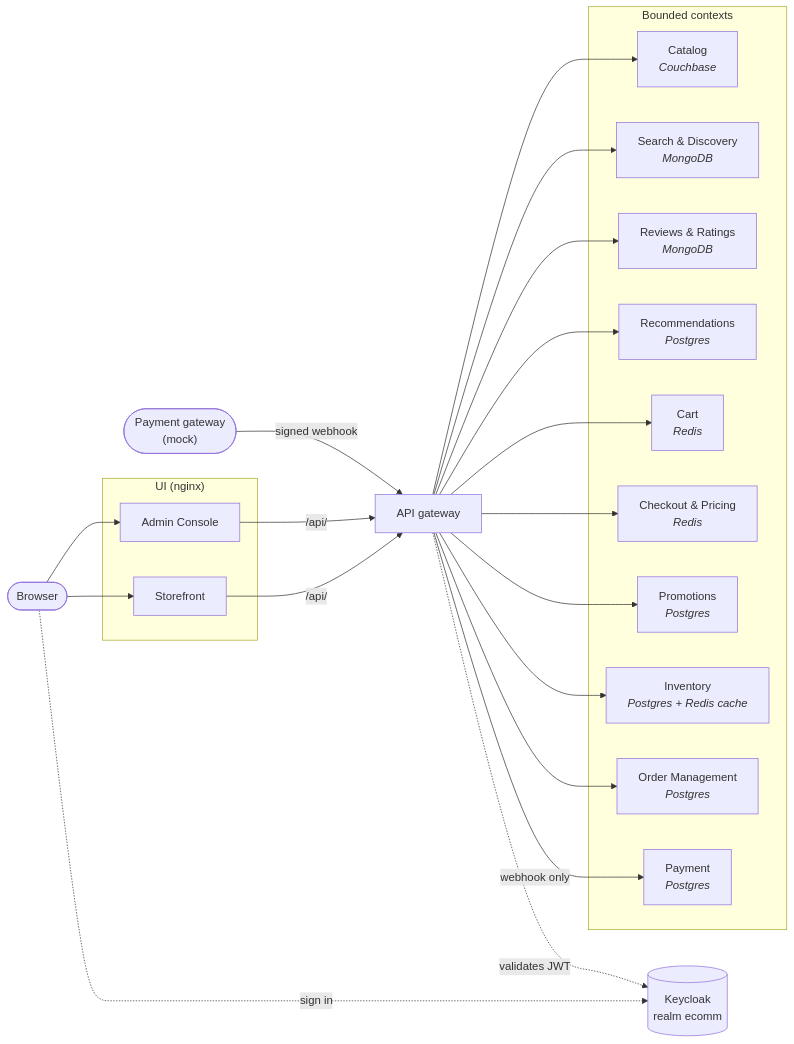
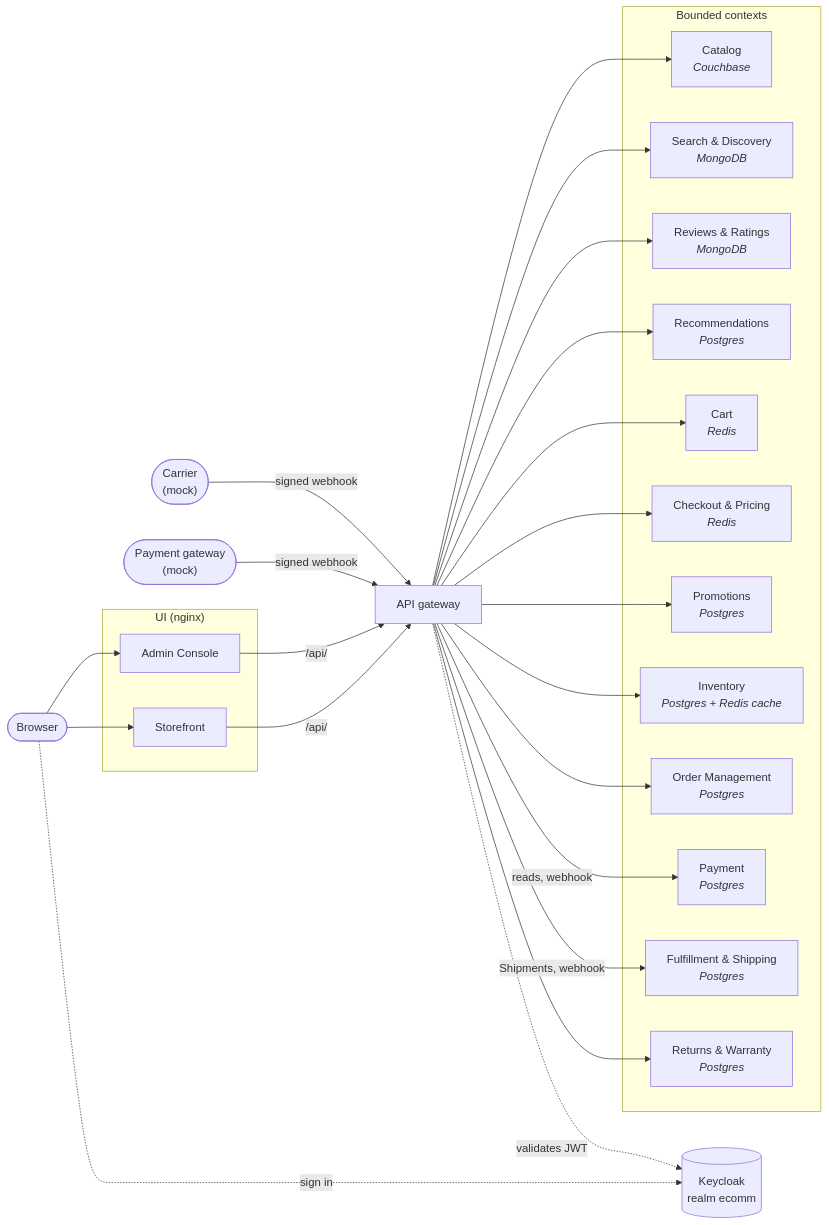
Before and after one commit to ondokuzz/ecomm: the first of 5 diagrams in docs/architecture.md, drawn with Mermaid. The commit also changed other lines of this file, not shown here.

First line of the commit message:
Architecture: Fulfillment & Shipping, Returns & Warranty and the fulfillment Saga

````diff
--- a/docs/architecture.md
+++ b/docs/architecture.md
@@ -14,35 +17,40 @@
 ```mermaid
 flowchart LR
   browser(["Browser"])
 
   subgraph ui["UI (nginx)"]
     storefront["Storefront"]
     admin["Admin Console"]
   end
 
   gateway["API gateway"]
   keycloak[("Keycloak<br/>realm ecomm")]
   bank(["Payment gateway<br/>(mock)"])
+  carrier(["Carrier<br/>(mock)"])
 
   subgraph contexts["Bounded contexts"]
     catalog["Catalog<br/><i>Couchbase</i>"]
     search["Search & Discovery<br/><i>MongoDB</i>"]
     reviews["Reviews & Ratings<br/><i>MongoDB</i>"]
     recs["Recommendations<br/><i>Postgres</i>"]
     cart["Cart<br/><i>Redis</i>"]
     checkout["Checkout & Pricing<br/><i>Redis</i>"]
     promotions["Promotions<br/><i>Postgres</i>"]
     inventory["Inventory<br/><i>Postgres + Redis cache</i>"]
     orders["Order Management<br/><i>Postgres</i>"]
     payment["Payment<br/><i>Postgres</i>"]
+    fulfillment["Fulfillment & Shipping<br/><i>Postgres</i>"]
+    returns["Returns & Warranty<br/><i>Postgres</i>"]
   end
 
   browser --> storefront & admin
   browser -. sign in .-> keycloak
   storefront & admin -- "/api/" --> gateway
   gateway -. validates JWT .-> keycloak
 
-  gateway --> catalog & search & reviews & recs & cart & checkout & promotions & inventory & orders
+  gateway --> catalog & search & reviews & recs & cart & checkout & promotions & inventory & orders & returns
   bank -- "signed webhook" --> gateway
-  gateway -- "webhook only" --> payment
+  carrier -- "signed webhook" --> gateway
+  gateway -- "reads, webhook" --> payment
+  gateway -- "Shipments, webhook" --> fulfillment
 ```
````
